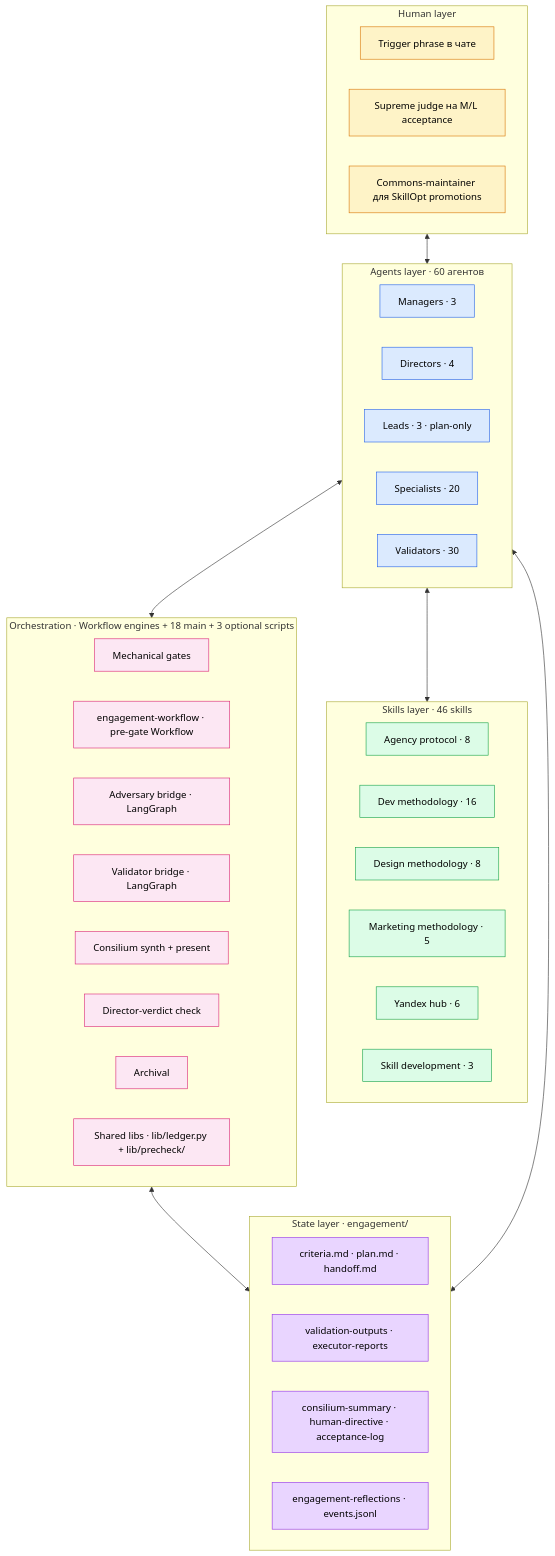
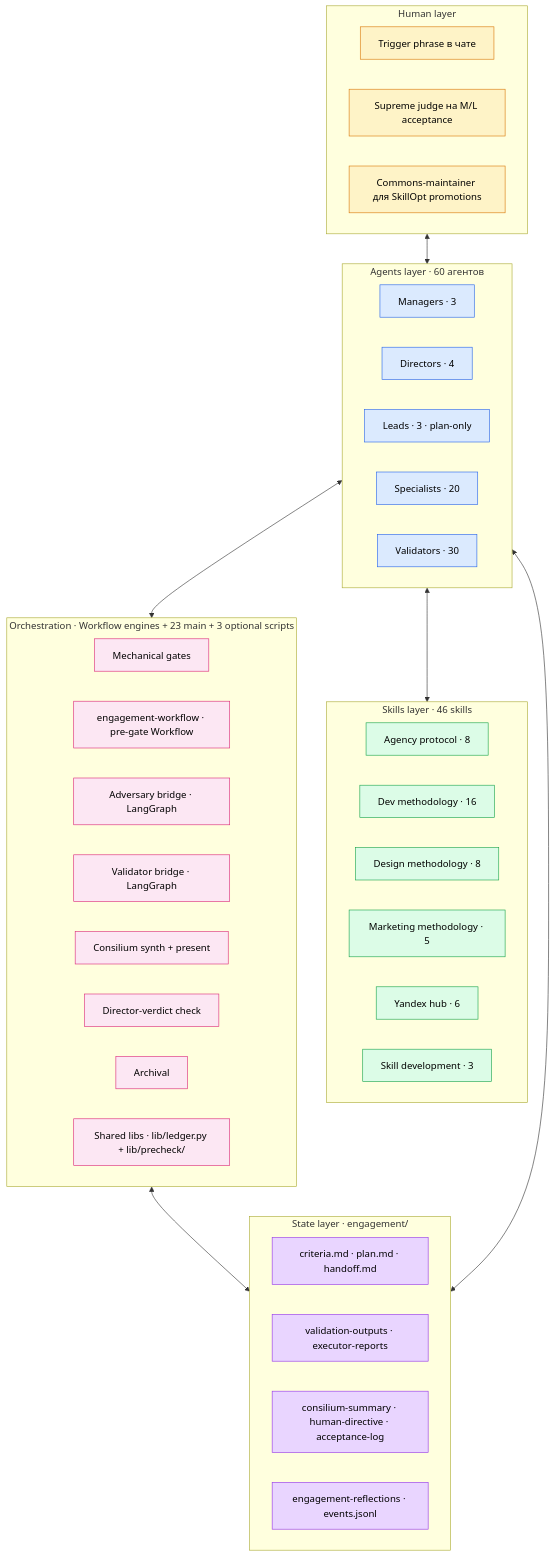
The first of 6 diagrams in ARCHITECTURE.ru.md (AgentShekel/agentic-workflow), drawn with Mermaid before and after one commit. The commit also changed other lines of this file and 3 other files, not shown here.

First line of the commit message:
docs: bring README and ARCHITECTURE up to the current system, EN and RU

````diff
--- a/ARCHITECTURE.ru.md
+++ b/ARCHITECTURE.ru.md
@@ -106,61 +106,61 @@
 ```mermaid
 flowchart TB
     subgraph Human ["Human layer"]
         H1[Trigger phrase в чате]
         H2[Supreme judge на M/L acceptance]
         H3[Commons-maintainer для SkillOpt promotions]
     end
 
     subgraph Agents ["Agents layer · 60 агентов"]
         AM[Managers · 3]
         AD[Directors · 4]
         AL[Leads · 3 · plan-only]
         AS[Specialists · 20]
         AV[Validators · 30]
     end
 
     subgraph Skills ["Skills layer · 46 skills"]
         SK1[Agency protocol · 8]
         SK2[Dev methodology · 16]
         SK3[Design methodology · 8]
         SK4[Marketing methodology · 5]
         SK5[Yandex hub · 6]
         SK6[Skill development · 3]
     end
 
-    subgraph Orch ["Orchestration · Workflow engines + 18 main + 3 optional scripts"]
+    subgraph Orch ["Orchestration · Workflow engines + 23 main + 3 optional scripts"]
         O1[Mechanical gates]
         O2[engagement-workflow · pre-gate Workflow]
         O3[Adversary bridge · LangGraph]
         O4[Validator bridge · LangGraph]
         O5[Consilium synth + present]
         O6[Director-verdict check]
         O7[Archival]
         O8[Shared libs · lib/ledger.py + lib/precheck/]
     end
 
     subgraph State ["State layer · engagement/"]
         ST1[criteria.md · plan.md · handoff.md]
         ST2[validation-outputs · executor-reports]
         ST3[consilium-summary · human-directive · acceptance-log]
         ST4[engagement-reflections · events.jsonl]
     end
 
     Human <--> Agents
     Agents <--> Skills
     Agents <--> Orch
     Orch <--> State
     Agents <--> State
 
     classDef human fill:#fef3c7,stroke:#d97706,color:#000
     classDef agents fill:#dbeafe,stroke:#2563eb,color:#000
     classDef skills fill:#dcfce7,stroke:#16a34a,color:#000
     classDef orch fill:#fce7f3,stroke:#db2777,color:#000
     classDef state fill:#e9d5ff,stroke:#9333ea,color:#000
 
     class H1,H2,H3 human
     class AM,AD,AL,AS,AV agents
     class SK1,SK2,SK3,SK4,SK5,SK6 skills
     class O1,O2,O3,O4,O5,O6,O7,O8 orch
     class ST1,ST2,ST3,ST4 state
 ```
````
